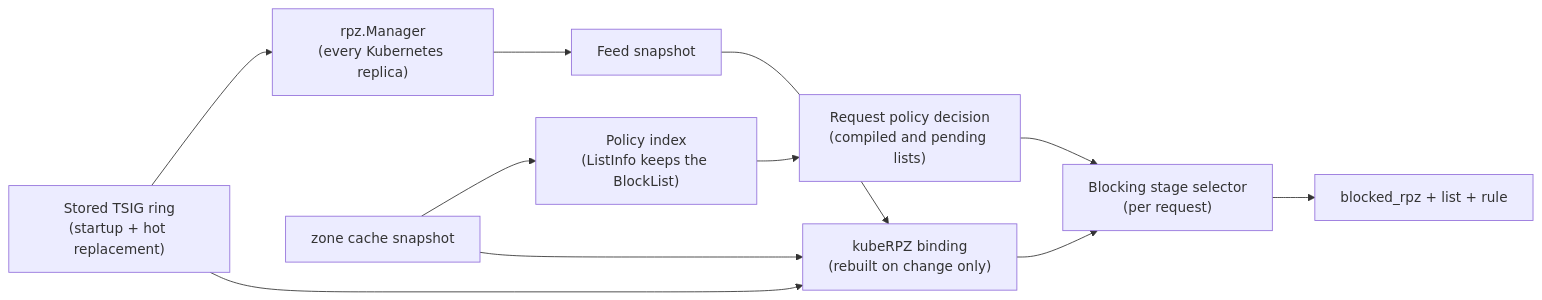
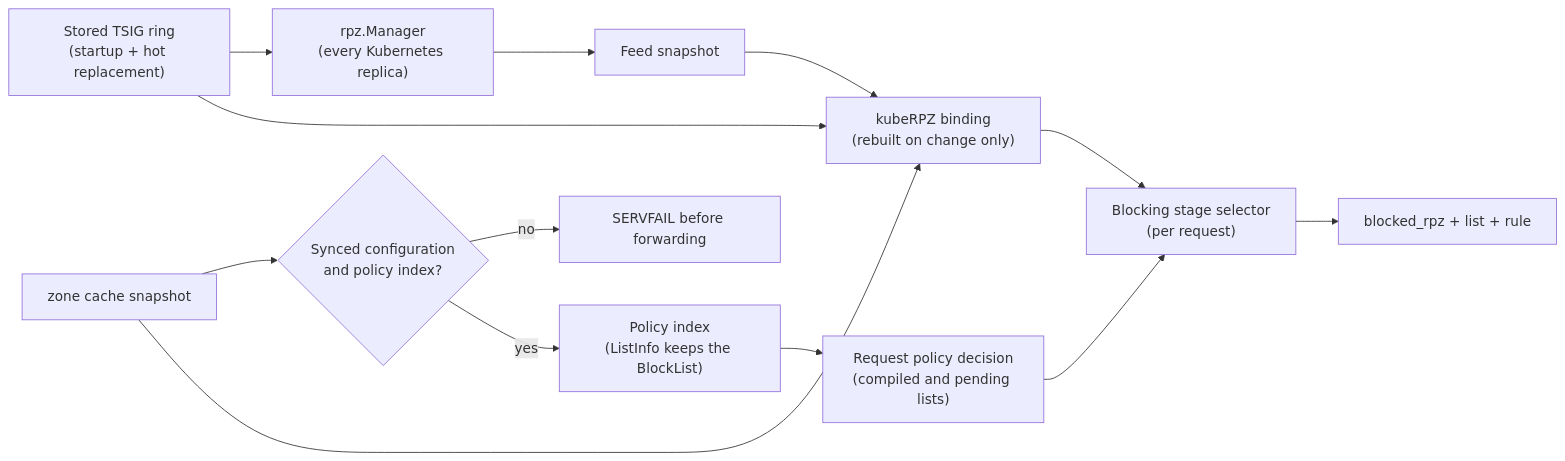
One commit to robertherbaugh/kudurru changed the ninth of 10 diagrams in docs/architecture/block-lists.md. Above: the diagram before and after it, drawn with Mermaid. The commit also changed other lines of this file and 9 other files, not shown here.

Commit message:
fix(kube): capture policy before startup forwarding

````diff
--- a/docs/architecture/block-lists.md
+++ b/docs/architecture/block-lists.md
@@ -412,13 +418,15 @@
 ```mermaid
 flowchart LR
     KManager["rpz.Manager<br/>(every Kubernetes replica)"] --> KSnap["Feed snapshot"]
     Ring["Stored TSIG ring<br/>(startup + hot replacement)"] --> KManager
-    Zc["zone cache snapshot"] --> Index["Policy index<br/>(ListInfo keeps the BlockList)"]
+    Zc["zone cache snapshot"] --> Guard{"Synced configuration<br/>and policy index?"}
+    Guard -- "no" --> Closed["SERVFAIL before forwarding"]
+    Guard -- "yes" --> Index["Policy index<br/>(ListInfo keeps the BlockList)"]
     Index --> Decision["Request policy decision<br/>(compiled and pending lists)"]
     KSnap --> Bind["kubeRPZ binding<br/>(rebuilt on change only)"]
     Ring --> Bind
     Zc --> Bind
     Decision --> KSelect["Blocking stage selector<br/>(per request)"]
     Bind --> KSelect
     KSelect --> KHit["blocked_rpz + list + rule"]
 ```
````
